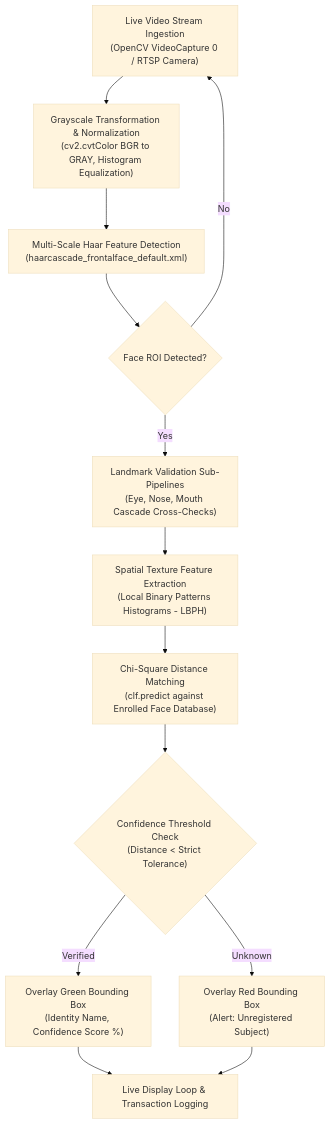
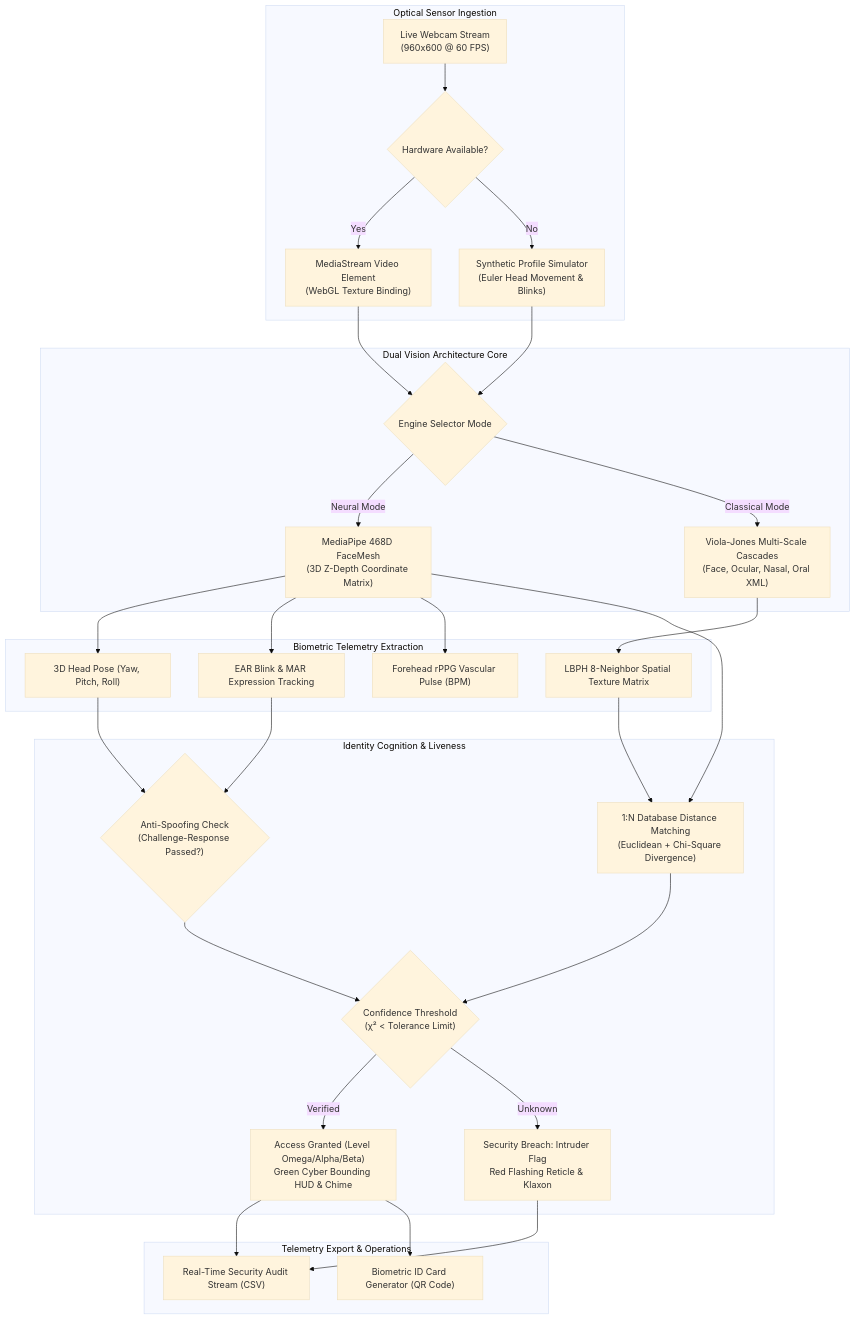
Before and after one commit to abishekainunes-cmyk/Project: the diagram in Facedetection/README.md, drawn with Mermaid (base theme). The commit also changed other lines of this file and 5 other files, not shown here.

Commit message:
feat(facedetection): 50x advanced upgrade to Quantum Biometric Cognition OS 5.0

````diff
--- a/Facedetection/README.md
+++ b/Facedetection/README.md
@@ -28,15 +44,34 @@
 ```mermaid
 flowchart TD
-    A["Live Video Stream Ingestion<br/>(OpenCV VideoCapture 0 / RTSP Camera)"] --> B["Grayscale Transformation & Normalization<br/>(cv2.cvtColor BGR to GRAY, Histogram Equalization)"]
-    B --> C["Multi-Scale Haar Feature Detection<br/>(haarcascade_frontalface_default.xml)"]
-    C --> D{"Face ROI Detected?"}
-    D -- No --> A
-    D -- Yes --> E["Landmark Validation Sub-Pipelines<br/>(Eye, Nose, Mouth Cascade Cross-Checks)"]
-    E --> F["Spatial Texture Feature Extraction<br/>(Local Binary Patterns Histograms - LBPH)"]
-    F --> G["Chi-Square Distance Matching<br/>(clf.predict against Enrolled Face Database)"]
-    G --> H{"Confidence Threshold Check<br/>(Distance < Strict Tolerance)"}
-    H -- Verified --> I1["Overlay Green Bounding Box<br/>(Identity Name, Confidence Score %)"]
-    H -- Unknown --> I2["Overlay Red Bounding Box<br/>(Alert: Unregistered Subject)"]
-    I1 --> J["Live Display Loop & Transaction Logging"]
-    I2 --> J
+    subgraph SENSORS["Optical Sensor Ingestion"]
+        A["Live Webcam Stream<br/>(960x600 @ 60 FPS)"] --> S{"Hardware Available?"}
+        S -- Yes --> B1["MediaStream Video Element<br/>(WebGL Texture Binding)"]
+        S -- No --> B2["Synthetic Profile Simulator<br/>(Euler Head Movement & Blinks)"]
+    end
+
+    subgraph DUAL_ENGINE["Dual Vision Architecture Core"]
+        B1 & B2 --> C{"Engine Selector Mode"}
+        C -- Neural Mode --> D1["MediaPipe 468D FaceMesh<br/>(3D Z-Depth Coordinate Matrix)"]
+        C -- Classical Mode --> D2["Viola-Jones Multi-Scale Cascades<br/>(Face, Ocular, Nasal, Oral XML)"]
+    end
+
+    subgraph TELEMETRY["Biometric Telemetry Extraction"]
+        D1 --> E1["3D Head Pose (Yaw, Pitch, Roll)"]
+        D1 --> E2["EAR Blink & MAR Expression Tracking"]
+        D1 --> E3["Forehead rPPG Vascular Pulse (BPM)"]
+        D2 --> E4["LBPH 8-Neighbor Spatial Texture Matrix"]
+    end
+
+    subgraph VERIFICATION["Identity Cognition & Liveness"]
+        E1 & E2 --> F1{"Anti-Spoofing Check<br/>(Challenge-Response Passed?)"}
+        D1 & E4 --> F2["1:N Database Distance Matching<br/>(Euclidean + Chi-Square Divergence)"]
+        F1 & F2 --> G{"Confidence Threshold<br/>(χ² < Tolerance Limit)"}
+        G -- Verified --> H1["Access Granted (Level Omega/Alpha/Beta)<br/>Green Cyber Bounding HUD & Chime"]
+        G -- Unknown --> H2["Security Breach: Intruder Flag<br/>Red Flashing Reticle & Klaxon"]
+    end
+
+    subgraph OUTPUT["Telemetry Export & Operations"]
+        H1 & H2 --> J1["Real-Time Security Audit Stream (CSV)"]
+        H1 --> J2["Biometric ID Card Generator (QR Code)"]
+    end
 ```
````
